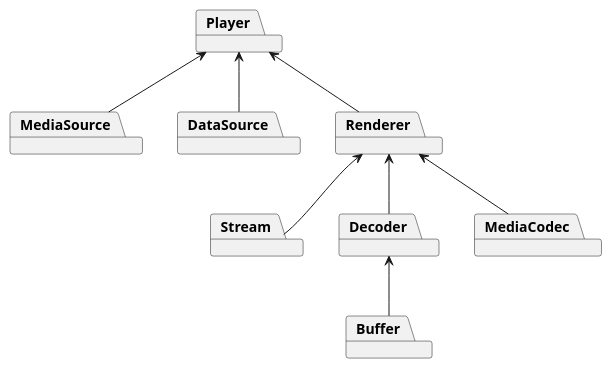
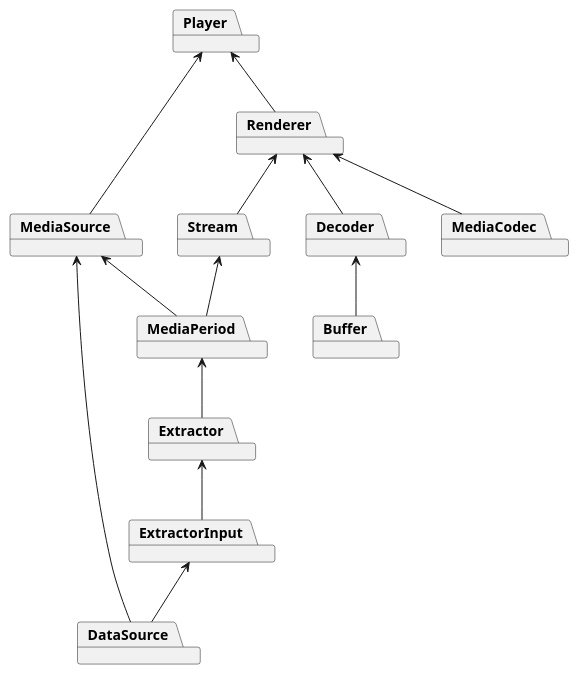
The diagram in uml/block_digram.puml (tdounnyy/exoplayer_note), drawn with PlantUML before and after one commit.

Commit message:
Update block

```diff
--- a/uml/block_digram.puml
+++ b/uml/block_digram.puml
@@ -1,20 +1,28 @@
 @startuml
 
 package Player
 package MediaSource
 package DataSource
 package Renderer
 package Stream
 package Decoder
 package Buffer
 package MediaCodec
+package MediaPeriod
+package Extractor
+package ExtractorInput
 
 Player <-- MediaSource
-Player <-- DataSource
 Player <-- Renderer
+MediaSource <-- DataSource
+MediaSource <-- MediaPeriod
+ExtractorInput <-- DataSource
+Extractor <-- ExtractorInput
+MediaPeriod <-- Extractor
+Stream <-- MediaPeriod
 
 Renderer <-- Stream
 Renderer <-- Decoder
 Renderer <-- MediaCodec
 Decoder <-- Buffer
 @enduml
```
